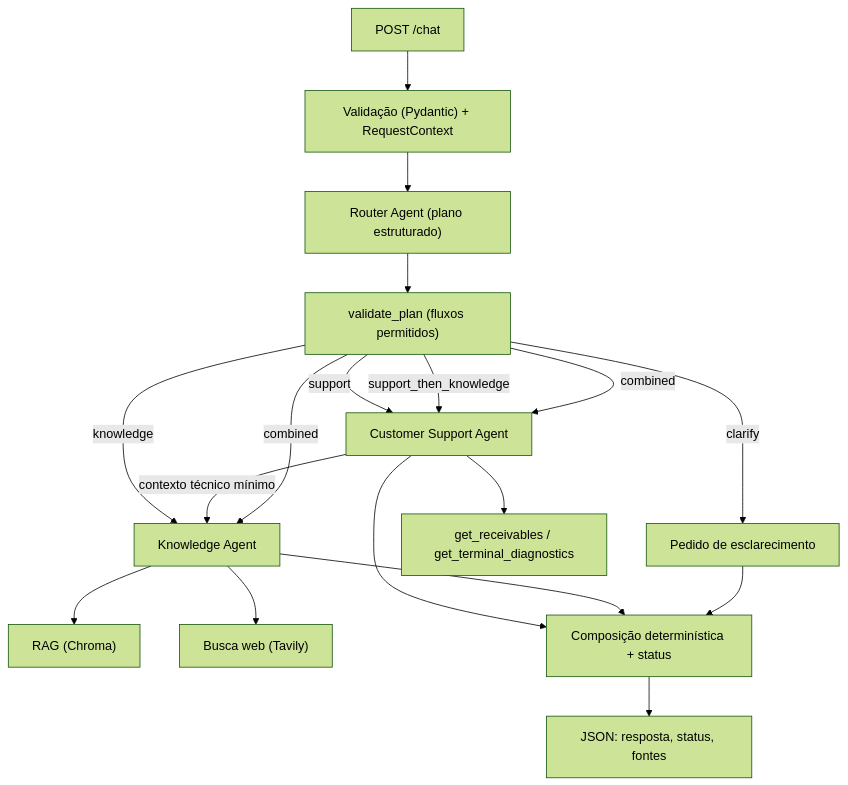
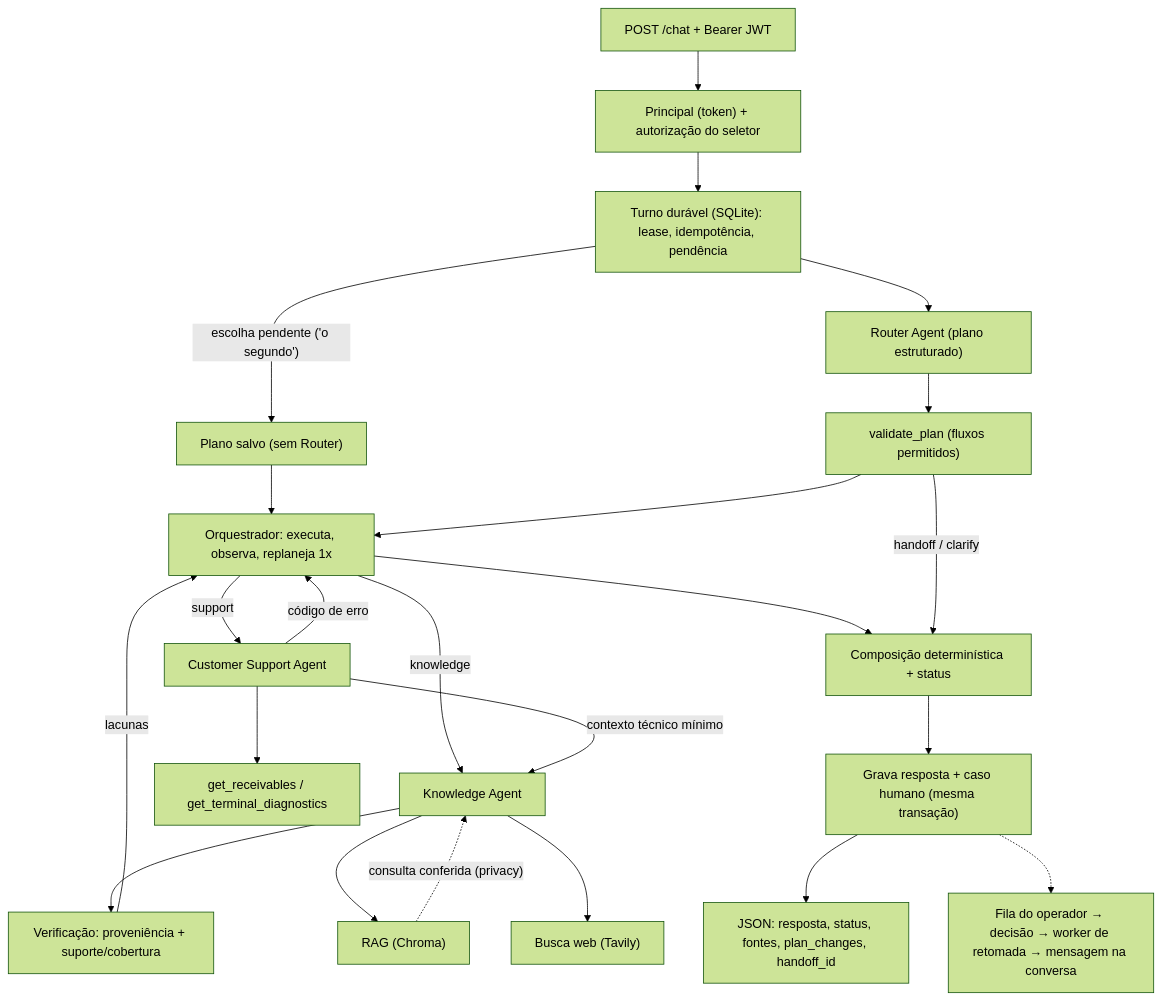
Before and after one commit to phfarath/ai-hardcore-challenge: the diagram in README.md, drawn with Mermaid (forest theme). The commit also changed other lines of this file and 1 other file, not shown here.

````diff
--- a/README.md
+++ b/README.md
@@ -119,20 +128,25 @@
 ```mermaid
 flowchart TD
-    A["POST /chat"] --> B["Validação (Pydantic) + RequestContext"]
-    B --> R["Router Agent (plano estruturado)"]
+    A["POST /chat + Bearer JWT"] --> P["Principal (token) + autorização do seletor"]
+    P --> ST["Turno durável (SQLite): lease, idempotência, pendência"]
+    ST -->|"escolha pendente ('o segundo')"| PL["Plano salvo (sem Router)"]
+    ST --> R["Router Agent (plano estruturado)"]
     R --> V["validate_plan (fluxos permitidos)"]
-    V -->|knowledge| K["Knowledge Agent"]
-    V -->|support| S["Customer Support Agent"]
-    V -->|support_then_knowledge| S
+    PL --> O
+    V --> O["Orquestrador: executa, observa, replaneja 1x"]
+    O -->|knowledge| K["Knowledge Agent"]
+    O -->|support| S["Customer Support Agent"]
     S -->|"contexto técnico mínimo"| K
-    V -->|combined| S
-    V -->|combined| K
-    V -->|clarify| Q["Pedido de esclarecimento"]
+    K --> VER["Verificação: proveniência + suporte/cobertura"]
+    VER -->|"lacunas"| O
+    S -->|"código de erro"| O
     K --> D["RAG (Chroma)"]
     K --> W["Busca web (Tavily)"]
+    D -.->|"consulta conferida (privacy)"| K
     S --> T["get_receivables / get_terminal_diagnostics"]
-    S --> C["Composição determinística + status"]
-    K --> C
-    Q --> C
-    C --> J["JSON: resposta, status, fontes"]
+    O --> C["Composição determinística + status"]
+    V -->|"handoff / clarify"| C
+    C --> ST2["Grava resposta + caso humano (mesma transação)"]
+    ST2 --> J["JSON: resposta, status, fontes, plan_changes, handoff_id"]
+    ST2 -.-> H["Fila do operador → decisão → worker de retomada → mensagem na conversa"]
 ```
````
